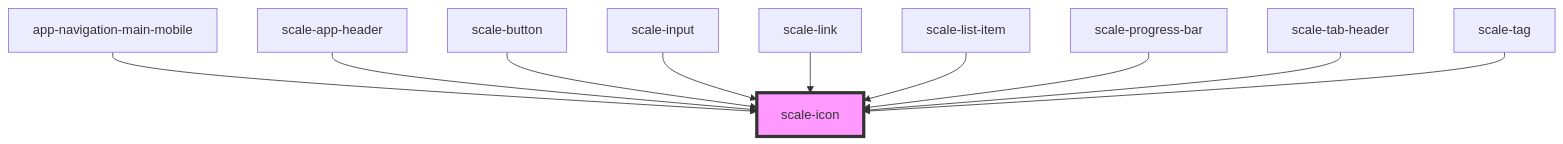
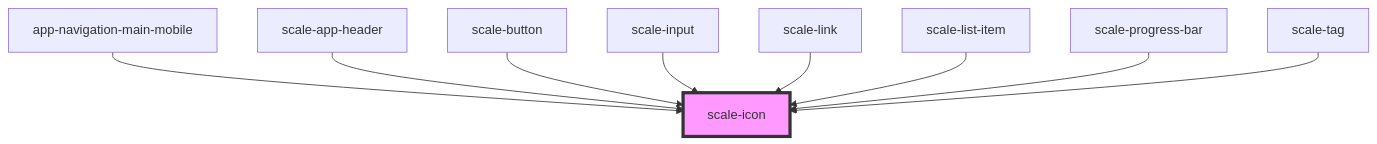
The diagram in packages/components/src/components/icon/readme.md (gaurishkamat/scale), drawn with Mermaid before and after one commit. The commit also changed other lines of this file and 13 other files, not shown here.

````diff
--- a/packages/components/src/components/icon/readme.md
+++ b/packages/components/src/components/icon/readme.md
@@ -37,13 +36,12 @@
 ```mermaid
 graph TD;
   app-navigation-main-mobile --> scale-icon
   scale-app-header --> scale-icon
   scale-button --> scale-icon
   scale-input --> scale-icon
   scale-link --> scale-icon
   scale-list-item --> scale-icon
   scale-progress-bar --> scale-icon
-  scale-tab-header --> scale-icon
   scale-tag --> scale-icon
   style scale-icon fill:#f9f,stroke:#333,stroke-width:4px
 ```
````
